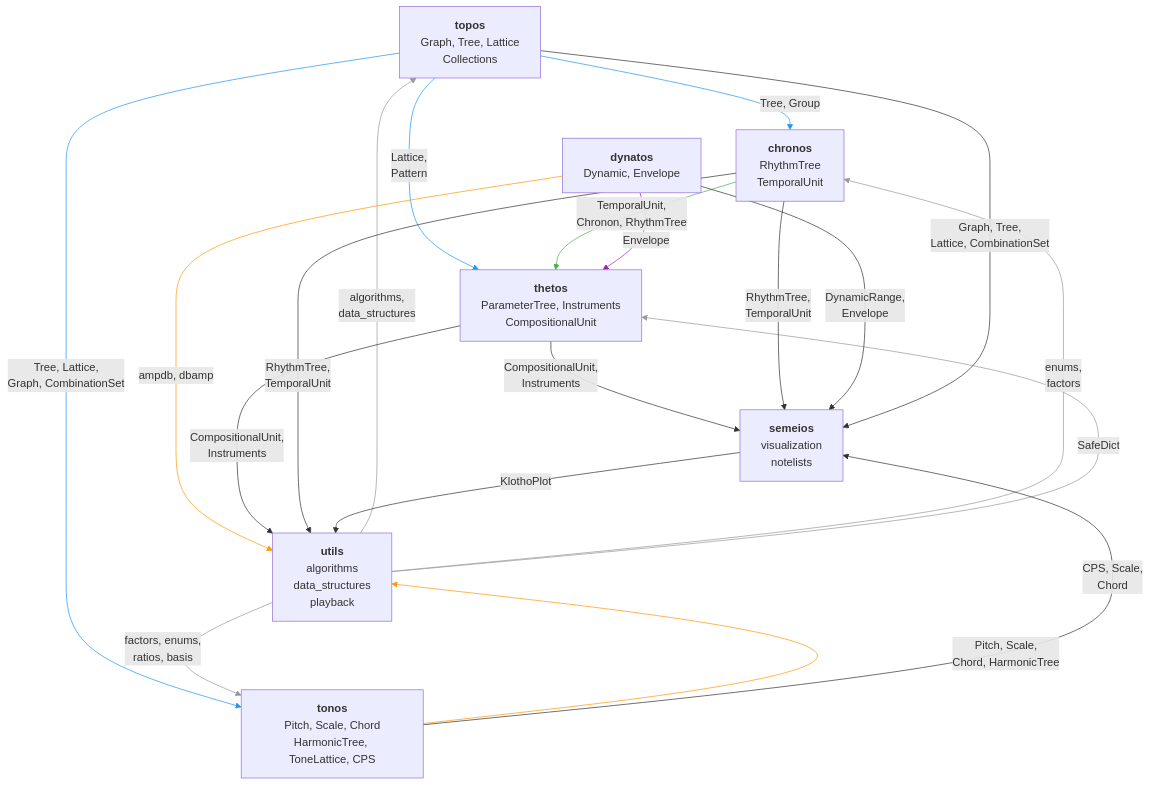
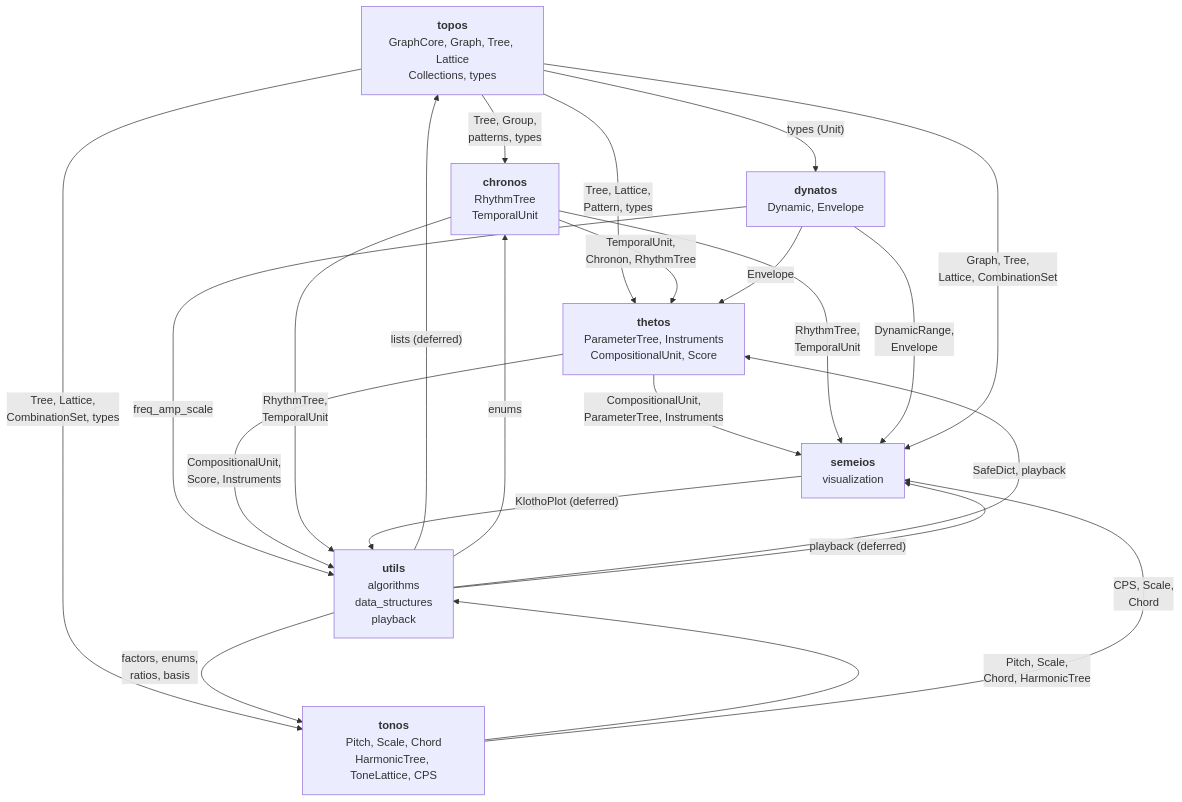
One commit to kr4g/Klotho changed the first of 7 diagrams in docs/architecture/13_IMPORT_GRAPH.md. Above: the diagram before and after it, drawn with Mermaid. The commit also changed other lines of this file and 13 other files, not shown here.

First line of the commit message:
Overhaul architecture docs for Klotho 10.x API

````diff
--- a/docs/architecture/13_IMPORT_GRAPH.md
+++ b/docs/architecture/13_IMPORT_GRAPH.md
@@ -12,44 +13,34 @@
 ```mermaid
 graph TD
-    TOPOS["<b>topos</b><br/>Graph, Tree, Lattice<br/>Collections"]
+    TOPOS["<b>topos</b><br/>GraphCore, Graph, Tree, Lattice<br/>Collections, types"]
     UTILS["<b>utils</b><br/>algorithms<br/>data_structures<br/>playback"]
     CHRONOS["<b>chronos</b><br/>RhythmTree<br/>TemporalUnit"]
     TONOS["<b>tonos</b><br/>Pitch, Scale, Chord<br/>HarmonicTree, ToneLattice, CPS"]
     DYNATOS["<b>dynatos</b><br/>Dynamic, Envelope"]
-    THETOS["<b>thetos</b><br/>ParameterTree, Instruments<br/>CompositionalUnit"]
-    SEMEIOS["<b>semeios</b><br/>visualization<br/>notelists"]
+    THETOS["<b>thetos</b><br/>ParameterTree, Instruments<br/>CompositionalUnit, Score"]
+    SEMEIOS["<b>semeios</b><br/>visualization"]
 
-    UTILS -->|"algorithms,<br/>data_structures"| TOPOS
-    TOPOS -->|"Tree, Group"| CHRONOS
-    TOPOS -->|"Tree, Lattice,<br/>Graph, CombinationSet"| TONOS
-    TOPOS -->|"Lattice,<br/>Pattern"| THETOS
-    UTILS -->|"enums,<br/>factors"| CHRONOS
+    UTILS -->|"lists (deferred)"| TOPOS
+    TOPOS -->|"Tree, Group,<br/>patterns, types"| CHRONOS
+    TOPOS -->|"Tree, Lattice,<br/>CombinationSet, types"| TONOS
+    TOPOS -->|"Tree, Lattice,<br/>Pattern, types"| THETOS
+    TOPOS -->|"types (Unit)"| DYNATOS
+    UTILS -->|"enums"| CHRONOS
     UTILS -->|"factors, enums,<br/>ratios, basis"| TONOS
-    UTILS -->|"SafeDict"| THETOS
+    UTILS -->|"SafeDict, playback"| THETOS
     CHRONOS -->|"TemporalUnit,<br/>Chronon, RhythmTree"| THETOS
     TONOS -->|"Pitch, Scale,<br/>Chord, HarmonicTree"| UTILS
     DYNATOS -->|"Envelope"| THETOS
-    DYNATOS -->|"ampdb, dbamp"| UTILS
+    DYNATOS -->|"freq_amp_scale"| UTILS
 
-    THETOS -->|"CompositionalUnit,<br/>Instruments"| SEMEIOS
+    THETOS -->|"CompositionalUnit,<br/>ParameterTree, Instruments"| SEMEIOS
     CHRONOS -->|"RhythmTree,<br/>TemporalUnit"| SEMEIOS
     TONOS -->|"CPS, Scale,<br/>Chord"| SEMEIOS
     DYNATOS -->|"DynamicRange,<br/>Envelope"| SEMEIOS
     TOPOS -->|"Graph, Tree,<br/>Lattice, CombinationSet"| SEMEIOS
+    UTILS -->|"playback (deferred)"| SEMEIOS
 
-    THETOS -->|"CompositionalUnit,<br/>Instruments"| UTILS
+    THETOS -->|"CompositionalUnit,<br/>Score, Instruments"| UTILS
     CHRONOS -->|"RhythmTree,<br/>TemporalUnit"| UTILS
-    SEMEIOS -->|"KlothoPlot"| UTILS
-
-    linkStyle 0 stroke:#999
-    linkStyle 1 stroke:#2196F3
-    linkStyle 2 stroke:#2196F3
-    linkStyle 3 stroke:#2196F3
-    linkStyle 4 stroke:#999
-    linkStyle 5 stroke:#999
-    linkStyle 6 stroke:#999
-    linkStyle 7 stroke:#4CAF50
-    linkStyle 8 stroke:#FF9800
-    linkStyle 9 stroke:#9C27B0
-    linkStyle 10 stroke:#FF9800
+    SEMEIOS -->|"KlothoPlot (deferred)"| UTILS
 ```
````
